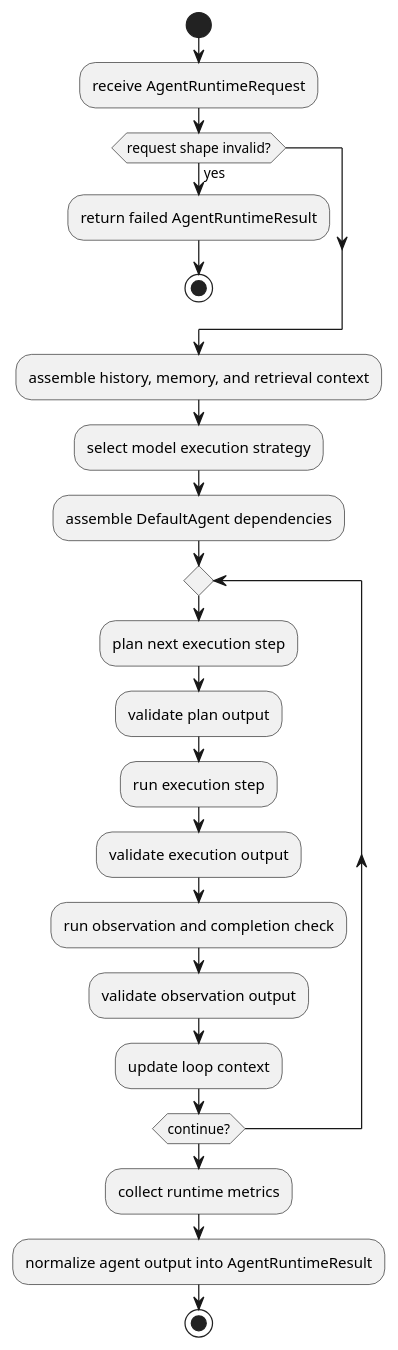
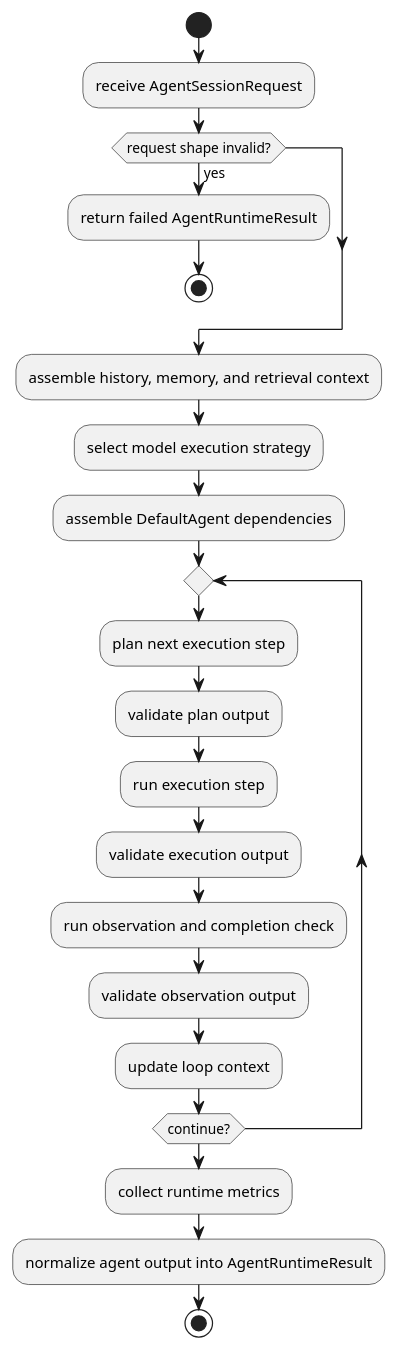
One commit to lucky-chen/ai_workflow_travel changed the third of 4 diagrams in infra_projects/docs/breakdown_docs/agent_runtime_design.md. Above: the diagram before and after it, drawn with PlantUML. The commit also changed other lines of this file and 1 other file, not shown here.

First line of the commit message:
[AI] gpt-5.4: align agent runtime design and work plan

````diff
--- a/infra_projects/docs/breakdown_docs/agent_runtime_design.md
+++ b/infra_projects/docs/breakdown_docs/agent_runtime_design.md
@@ -681,25 +817,25 @@
 ```plantuml
 @startuml
 start
-:receive AgentRuntimeRequest;
+:receive AgentSessionRequest;
 if (request shape invalid?) then (yes)
   :return failed AgentRuntimeResult;
   stop
 endif
 :assemble history, memory, and retrieval context;
 :select model execution strategy;
 :assemble DefaultAgent dependencies;
 repeat
   :plan next execution step;
   :validate plan output;
   :run execution step;
   :validate execution output;
   :run observation and completion check;
   :validate observation output;
   :update loop context;
 repeat while (continue?)
 :collect runtime metrics;
 :normalize agent output into AgentRuntimeResult;
 stop
 @enduml
 ```
````
